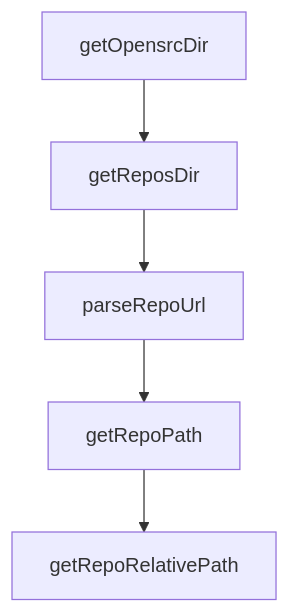
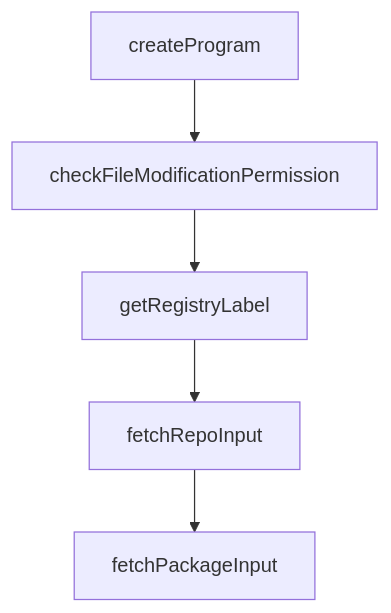
One commit to johnxie/awesome-code-docs changed the diagram in tutorials/opensrc-tutorial/01-getting-started.md. Above: the diagram before and after it, drawn with Mermaid. The commit also changed other lines of this file and 1232 other files, not shown here.

````diff
--- a/tutorials/opensrc-tutorial/01-getting-started.md
+++ b/tutorials/opensrc-tutorial/01-getting-started.md
@@ -217,12 +215,12 @@
 ```mermaid
 flowchart TD
-    A[getOpensrcDir]
-    B[getReposDir]
-    C[parseRepoUrl]
-    D[getRepoPath]
-    E[getRepoRelativePath]
+    A[createProgram]
+    B[checkFileModificationPermission]
+    C[getRegistryLabel]
+    D[fetchRepoInput]
+    E[fetchPackageInput]
     A --> B
     B --> C
     C --> D
     D --> E
 ```
````
